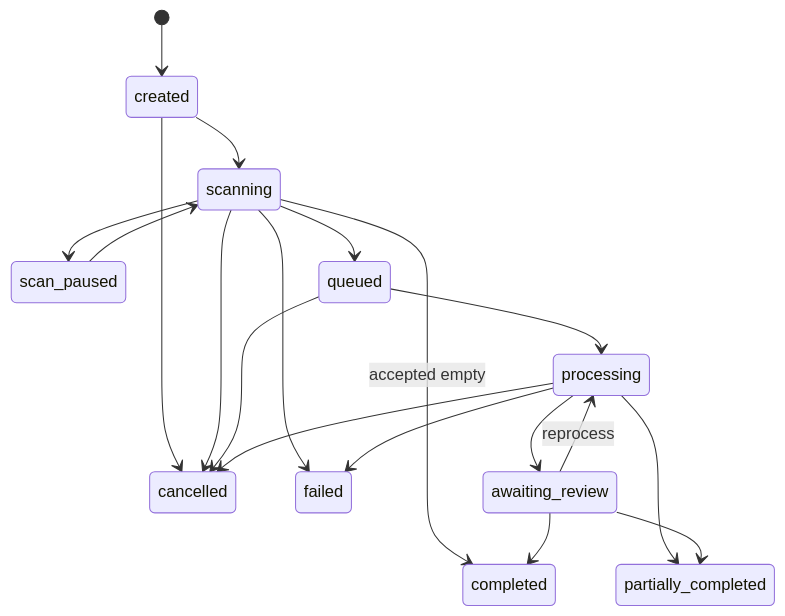
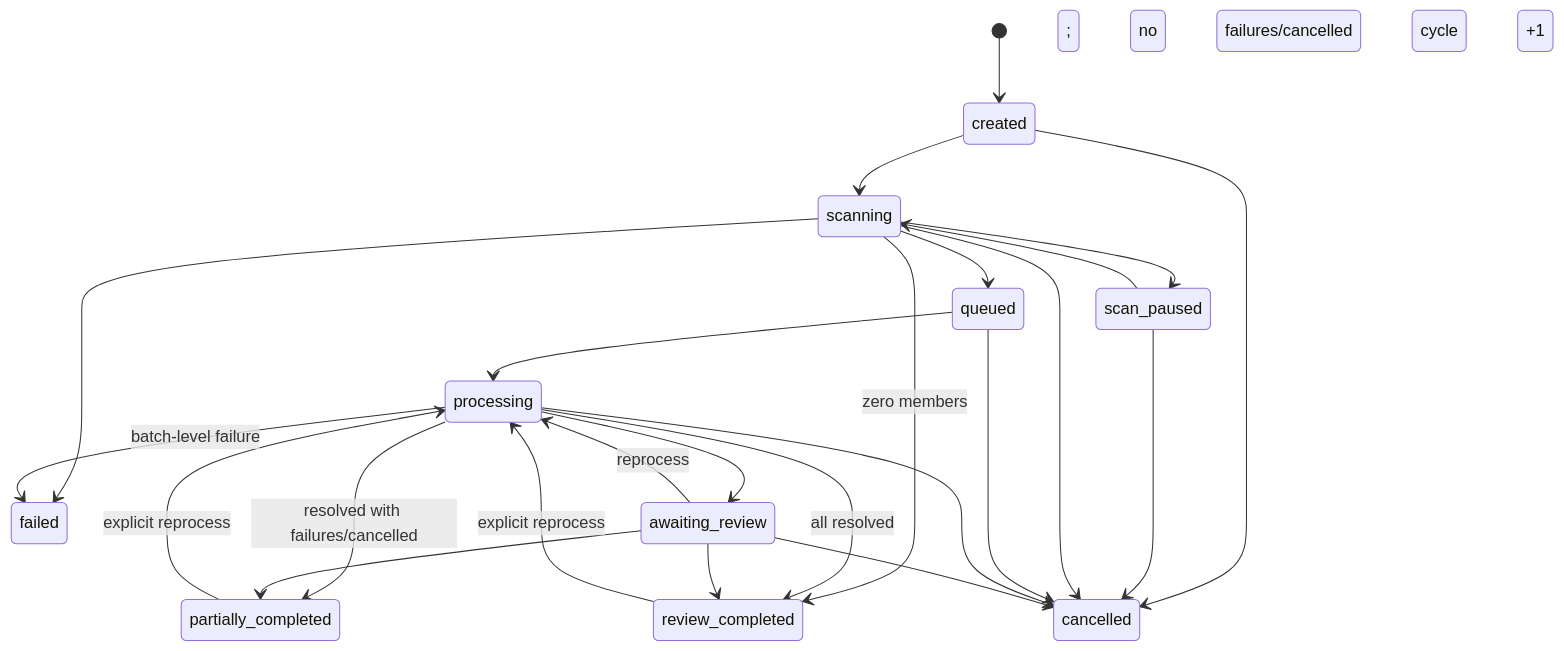
One commit to mohammadhasan-tayef/ghateh-iran-image-processor changed the first of 5 diagrams in docs/diagrams/state-machines.md. Above: the diagram before and after it, drawn with Mermaid. The commit also changed other lines of this file and 27 other files, not shown here.

First line of the commit message:
docs: correct sprint 0 architecture inconsistencies (#1)

````diff
--- a/docs/diagrams/state-machines.md
+++ b/docs/diagrams/state-machines.md
@@ -7,21 +7,26 @@
 ```mermaid
 stateDiagram-v2
     [*] --> created
     created --> scanning
     created --> cancelled
     scanning --> scan_paused
     scan_paused --> scanning
+    scan_paused --> cancelled
     scanning --> queued
-    scanning --> completed: accepted empty
+    scanning --> review_completed: zero members
     scanning --> failed
     scanning --> cancelled
     queued --> processing
     queued --> cancelled
     processing --> awaiting_review
-    processing --> partially_completed
-    processing --> failed
+    processing --> review_completed: all resolved; no failures/cancelled
+    processing --> partially_completed: resolved with failures/cancelled
+    processing --> failed: batch-level failure
     processing --> cancelled
     awaiting_review --> processing: reprocess
-    awaiting_review --> completed
+    awaiting_review --> review_completed
     awaiting_review --> partially_completed
+    awaiting_review --> cancelled
+    review_completed --> processing: explicit reprocess; cycle +1
+    partially_completed --> processing: explicit reprocess; cycle +1
 ```
````
